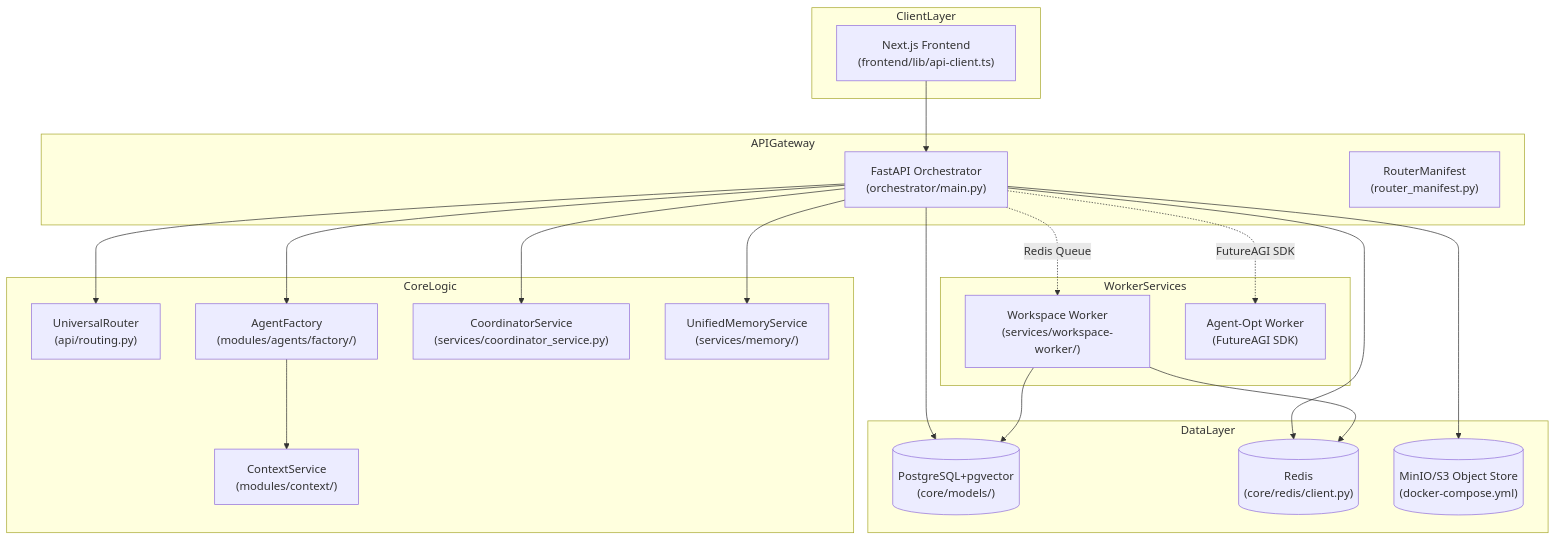
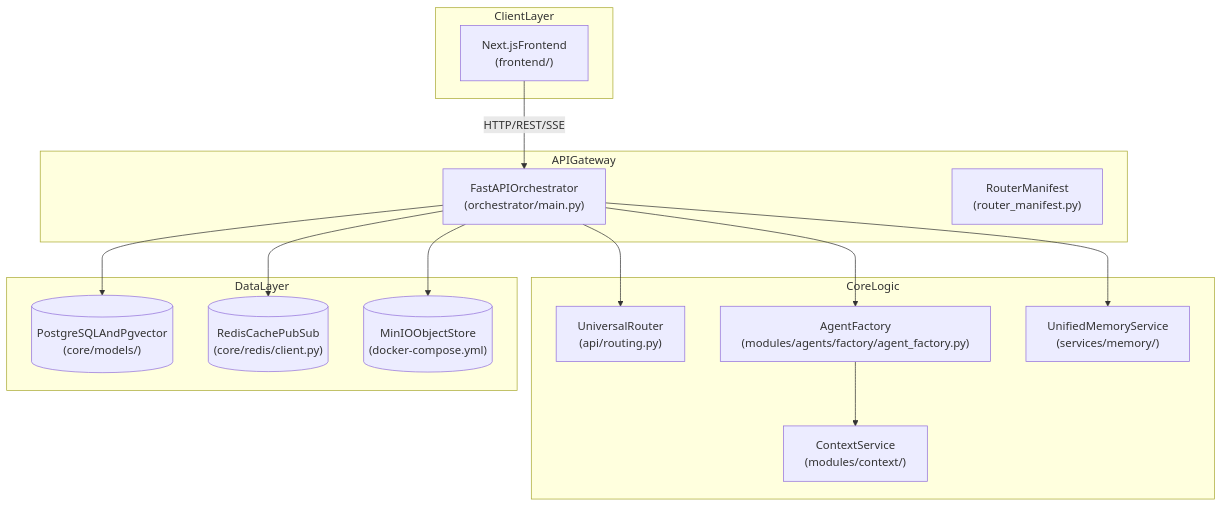
Before and after one commit to AutomatosAI/automatos-ai: the first of 3 diagrams in docs/overview/system-architecture.md, drawn with Mermaid. The commit also changed other lines of this file and 188 other files, not shown here.

First line of the commit message:
docs: refresh architecture docs and add coverage for new subsystems (#1416)

````diff
--- a/docs/overview/system-architecture.md
+++ b/docs/overview/system-architecture.md
@@ -51,47 +56,34 @@
 ```mermaid
 graph TB
     subgraph "ClientLayer"
-        Browser["Next.js Frontend<br/>(frontend/lib/api-client.ts)"]
+        Browser["Next.jsFrontend<br/>(frontend/)"]
     end
     
     subgraph "APIGateway"
-        FastAPI["FastAPI Orchestrator<br/>(orchestrator/main.py)"]
+        FastAPI["FastAPIOrchestrator<br/>(orchestrator/main.py)"]
         RouterManifest["RouterManifest<br/>(router_manifest.py)"]
     end
     
     subgraph "CoreLogic"
         Router["UniversalRouter<br/>(api/routing.py)"]
-        AgentFactory["AgentFactory<br/>(modules/agents/factory/)"]
-        Coordinator["CoordinatorService<br/>(services/coordinator_service.py)"]
+        AgentFactory["AgentFactory<br/>(modules/agents/factory/agent_factory.py)"]
         ContextSvc["ContextService<br/>(modules/context/)"]
         UnifiedMemory["UnifiedMemoryService<br/>(services/memory/)"]
     end
     
     subgraph "DataLayer"
-        Postgres[("PostgreSQL+pgvector<br/>(core/models/)")]
-        Redis[("Redis<br/>(core/redis/client.py)")]
-        MinIO[("MinIO/S3 Object Store<br/>(docker-compose.yml)")]
+        Postgres[("PostgreSQLAndPgvector<br/>(core/models/)")]
+        Redis[("RedisCachePubSub<br/>(core/redis/client.py)")]
+        MinIO[("MinIOObjectStore<br/>(docker-compose.yml)")]
     end
     
-    subgraph "WorkerServices"
-        WorkspaceWorker["Workspace Worker<br/>(services/workspace-worker/)"]
-        AgentOpt["Agent-Opt Worker<br/>(FutureAGI SDK)"]
-    end
-    
-    Browser --> FastAPI
+    Browser -->|"HTTP/REST/SSE"| FastAPI
     FastAPI --> Router
-    FastAPI --> Coordinator
     FastAPI --> AgentFactory
     FastAPI --> UnifiedMemory
     AgentFactory --> ContextSvc
     
     FastAPI --> Postgres
     FastAPI --> Redis
     FastAPI --> MinIO
-    
-    FastAPI -.->|"Redis Queue"| WorkspaceWorker
-    FastAPI -.->|"FutureAGI SDK"| AgentOpt
-    
-    WorkspaceWorker --> Postgres
-    WorkspaceWorker --> Redis
 ```
````
